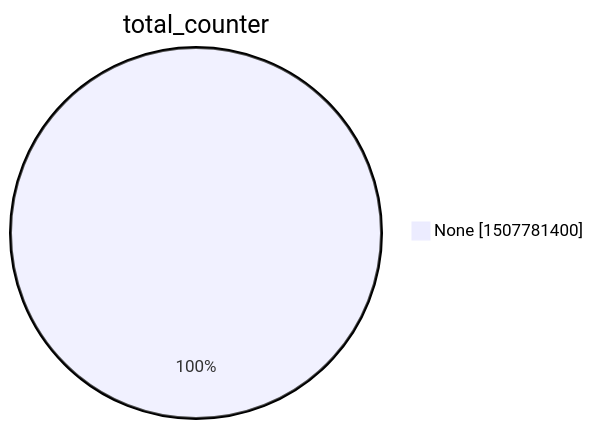
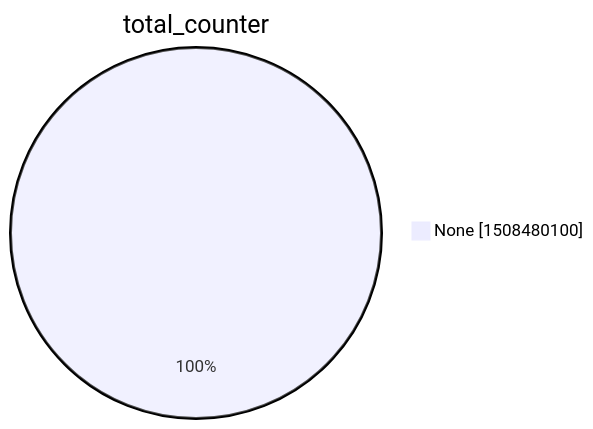
The second of 15 diagrams in argon2022/README.md (christiankrug/ctmonitor_visualization), drawn with Mermaid before and after one commit. The commit also changed other lines of this file, not shown here.

````diff
--- a/argon2022/README.md
+++ b/argon2022/README.md
@@ -9,5 +9,5 @@
 ```mermaid
 pie showData
 title total_counter
-"None" :1507781400
+"None" :1508480100
 ```
````
